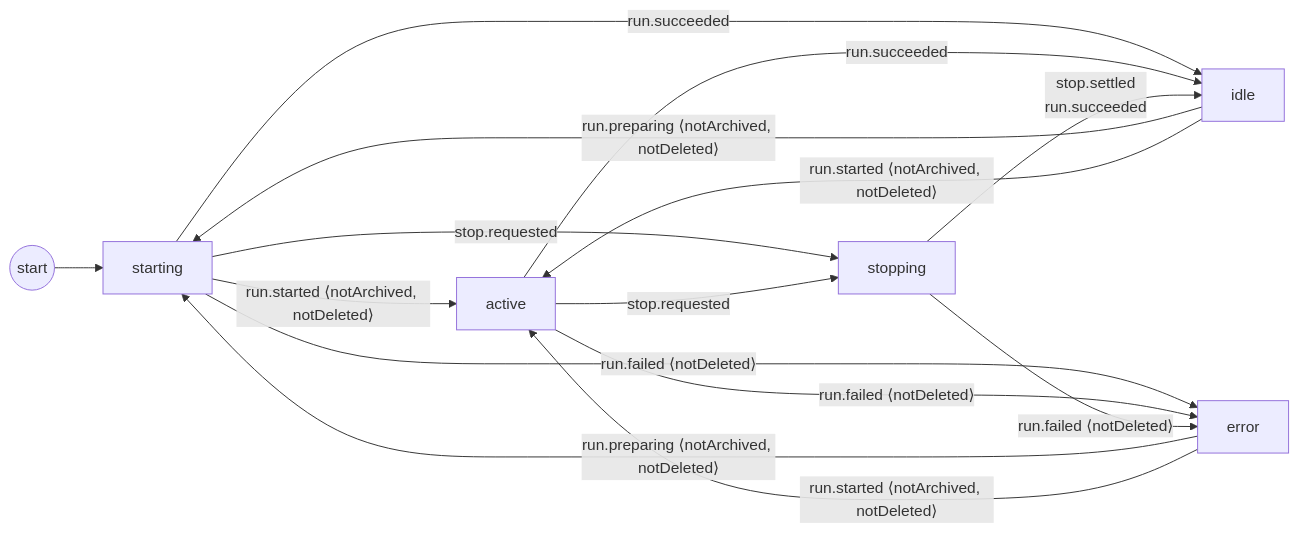
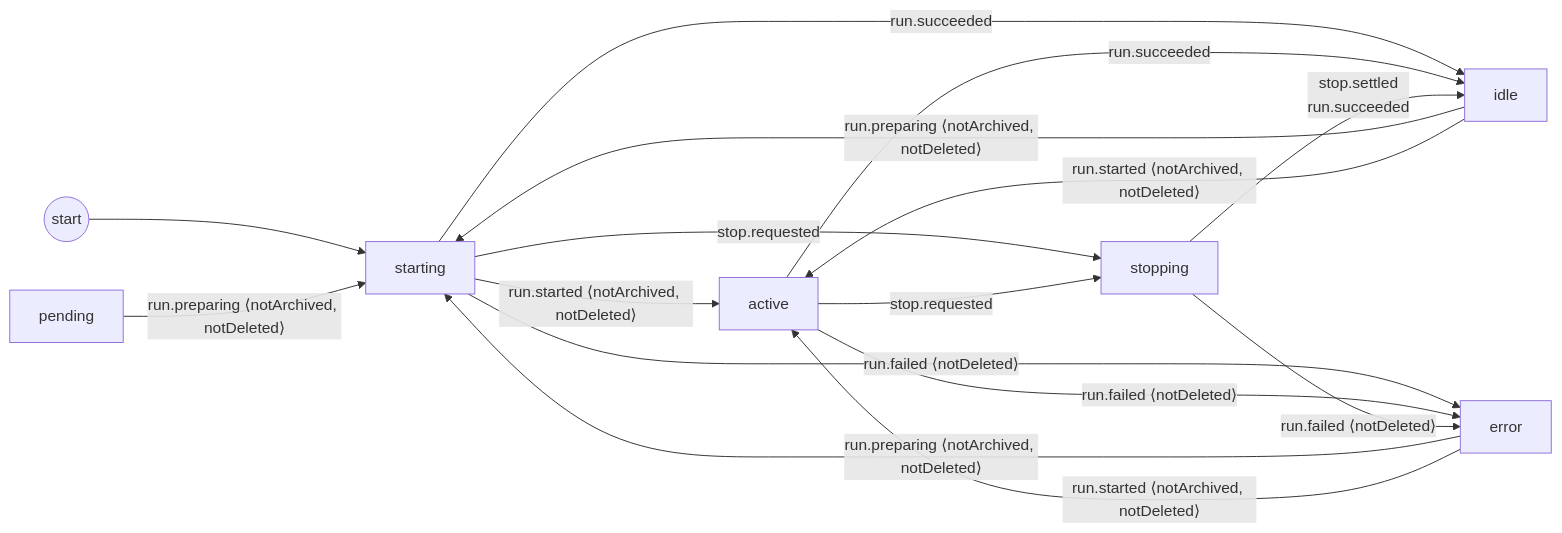
Before and after one commit to Datahazed/bb: the first of 2 diagrams in docs/lifecycle-diagrams.md, drawn with Mermaid. The commit also changed 292 other files, not shown here.

````diff
--- a/docs/lifecycle-diagrams.md
+++ b/docs/lifecycle-diagrams.md
@@ -23,23 +23,25 @@
 ```mermaid
 flowchart LR
     __start((start))
+    pending["pending"]
     idle["idle"]
     starting["starting"]
     active["active"]
     stopping["stopping"]
     error["error"]
     __start --> starting
+    pending -->|"run.preparing ⟨notArchived, notDeleted⟩"| starting
     idle -->|"run.preparing ⟨notArchived, notDeleted⟩"| starting
     idle -->|"run.started ⟨notArchived, notDeleted⟩"| active
     starting -->|"run.started ⟨notArchived, notDeleted⟩"| active
     starting -->|"run.succeeded"| idle
     starting -->|"run.failed ⟨notDeleted⟩"| error
     starting -->|"stop.requested"| stopping
     active -->|"run.succeeded"| idle
     active -->|"run.failed ⟨notDeleted⟩"| error
     active -->|"stop.requested"| stopping
     stopping -->|"stop.settled<br/>run.succeeded"| idle
     stopping -->|"run.failed ⟨notDeleted⟩"| error
     error -->|"run.preparing ⟨notArchived, notDeleted⟩"| starting
     error -->|"run.started ⟨notArchived, notDeleted⟩"| active
 ```
````
